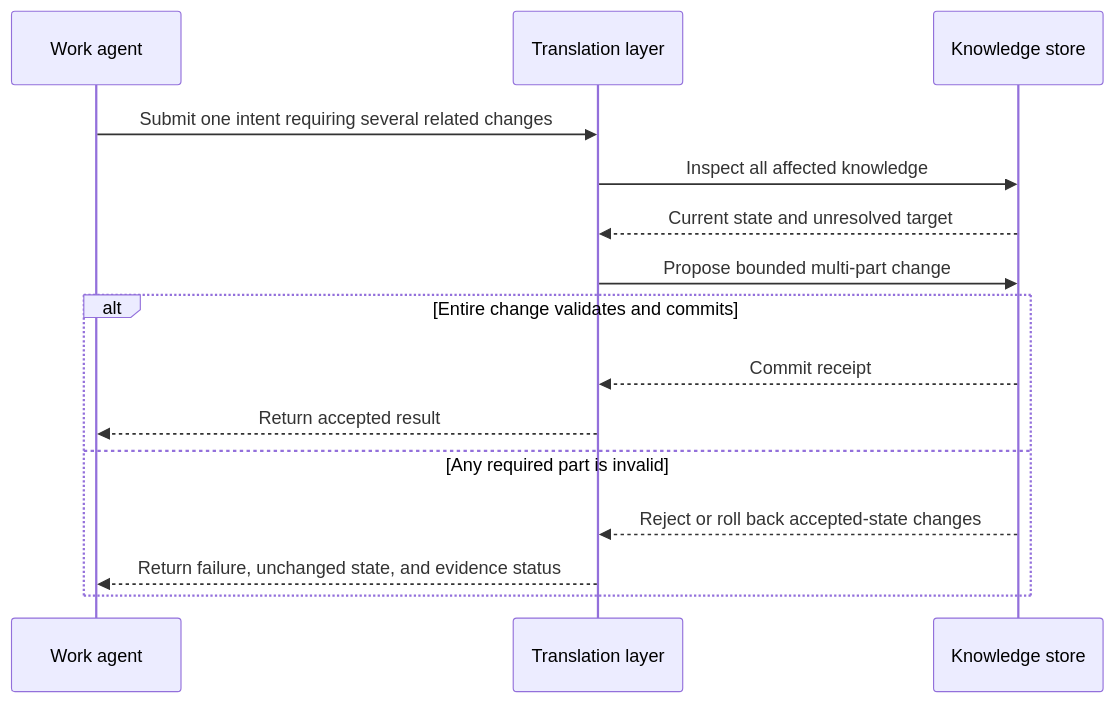
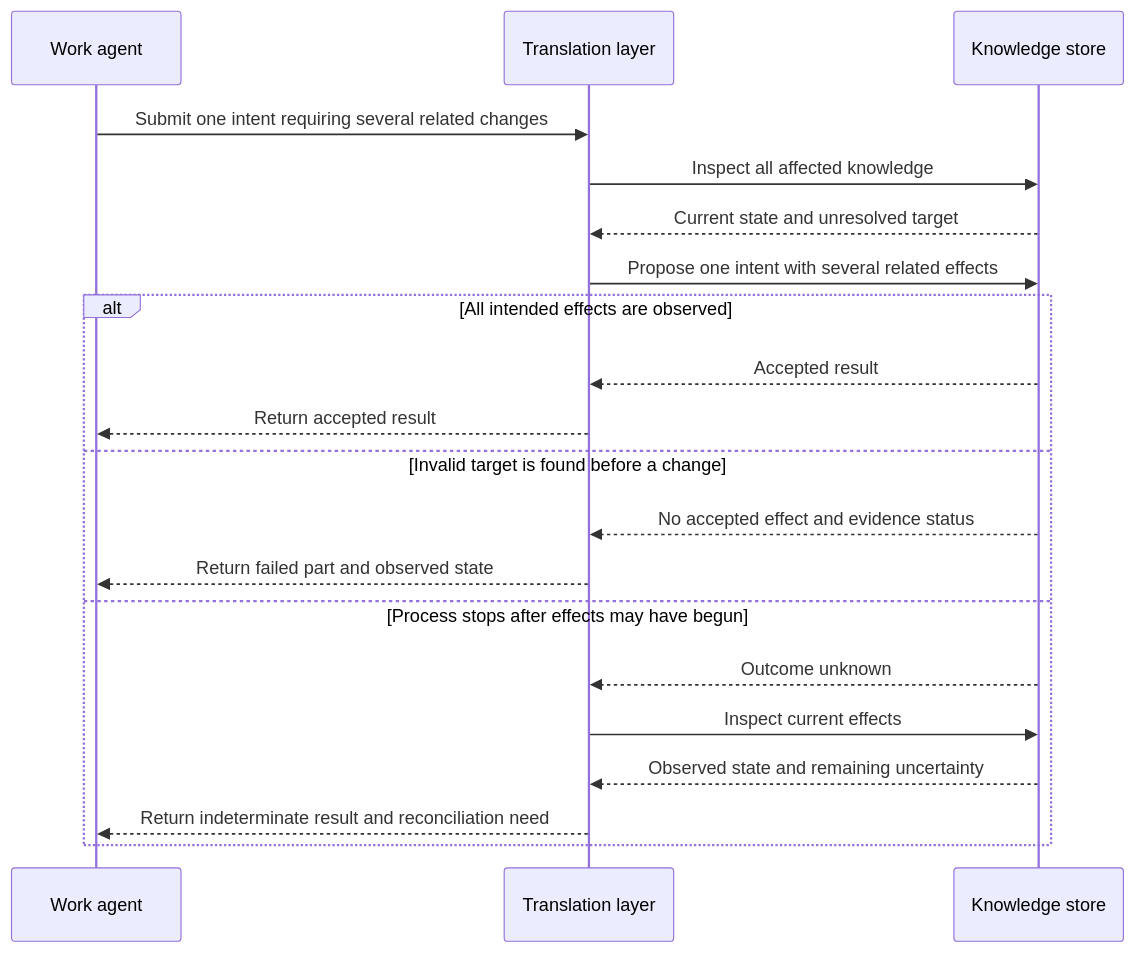
Before and after one commit to Coldaine/KNOWLEDGECRITICALSTRUCTUREPATRICKPLEASE: the seventh of 8 diagrams in docs/workflows.md, drawn with Mermaid. The commit also changed other lines of this file and 9 other files, not shown here.

````diff
--- a/docs/workflows.md
+++ b/docs/workflows.md
@@ -299,17 +303,22 @@
 ```mermaid
 sequenceDiagram
     participant W as Work agent
     participant T as Translation layer
     participant K as Knowledge store
     W->>T: Submit one intent requiring several related changes
     T->>K: Inspect all affected knowledge
     K-->>T: Current state and unresolved target
-    T->>K: Propose bounded multi-part change
-    alt Entire change validates and commits
-        K-->>T: Commit receipt
+    T->>K: Propose one intent with several related effects
+    alt All intended effects are observed
+        K-->>T: Accepted result
         T-->>W: Return accepted result
-    else Any required part is invalid
-        K-->>T: Reject or roll back accepted-state changes
-        T-->>W: Return failure, unchanged state, and evidence status
+    else Invalid target is found before a change
+        K-->>T: No accepted effect and evidence status
+        T-->>W: Return failed part and observed state
+    else Process stops after effects may have begun
+        K-->>T: Outcome unknown
+        T->>K: Inspect current effects
+        K-->>T: Observed state and remaining uncertainty
+        T-->>W: Return indeterminate result and reconciliation need
     end
 ```
````
